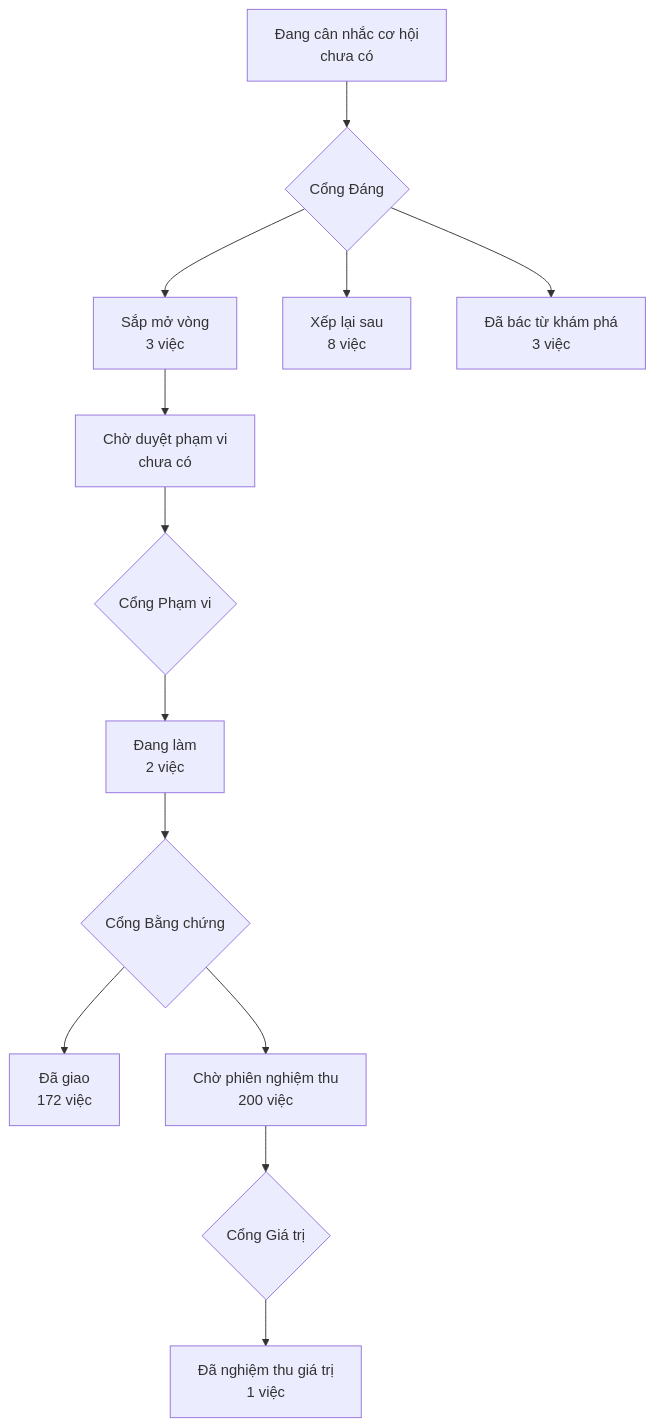
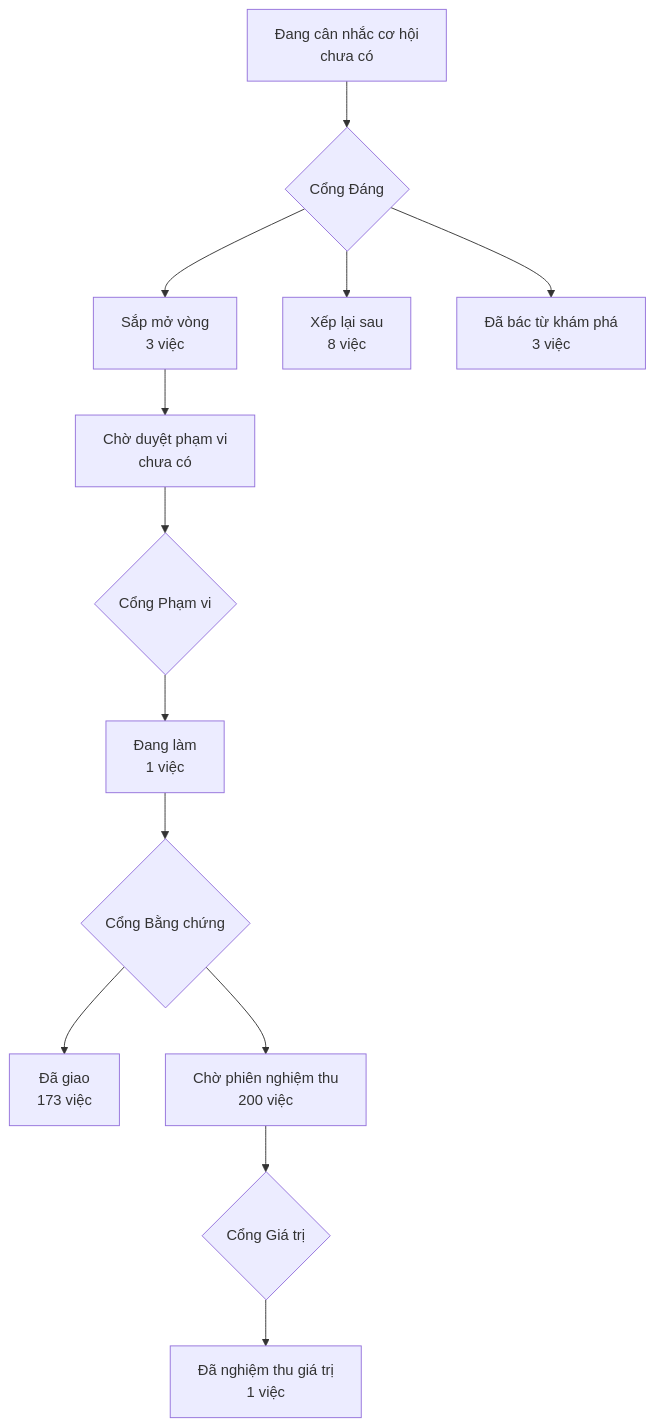
One commit to phanlemanh/crm-onehub changed the diagram in PRODUCT-MAP.md. Above: the diagram before and after it, drawn with Mermaid. The commit also changed other lines of this file and 7 other files, not shown here.

First line of the commit message:
chore(sua-bom-gio-test-api): S4 r2 PASS — gói bằng chứng, machine-cleared

````diff
--- a/PRODUCT-MAP.md
+++ b/PRODUCT-MAP.md
@@ -7,12 +7,12 @@
 ```mermaid
 flowchart TD
   A["Đang cân nhắc cơ hội<br/>chưa có"] --> GD{"Cổng Đáng"}
   GD --> B["Sắp mở vòng<br/>3 việc"]
   GD --> XL["Xếp lại sau<br/>8 việc"]
   GD --> DB["Đã bác từ khám phá<br/>3 việc"]
   B --> CD["Chờ duyệt phạm vi<br/>chưa có"] --> GP{"Cổng Phạm vi"}
-  GP --> DL["Đang làm<br/>2 việc"] --> GB{"Cổng Bằng chứng"}
-  GB --> DG["Đã giao<br/>172 việc"]
+  GP --> DL["Đang làm<br/>1 việc"] --> GB{"Cổng Bằng chứng"}
+  GB --> DG["Đã giao<br/>173 việc"]
   GB --> CN["Chờ phiên nghiệm thu<br/>200 việc"] --> GG{"Cổng Giá trị"}
   GG --> NT["Đã nghiệm thu giá trị<br/>1 việc"]
 ```
````
